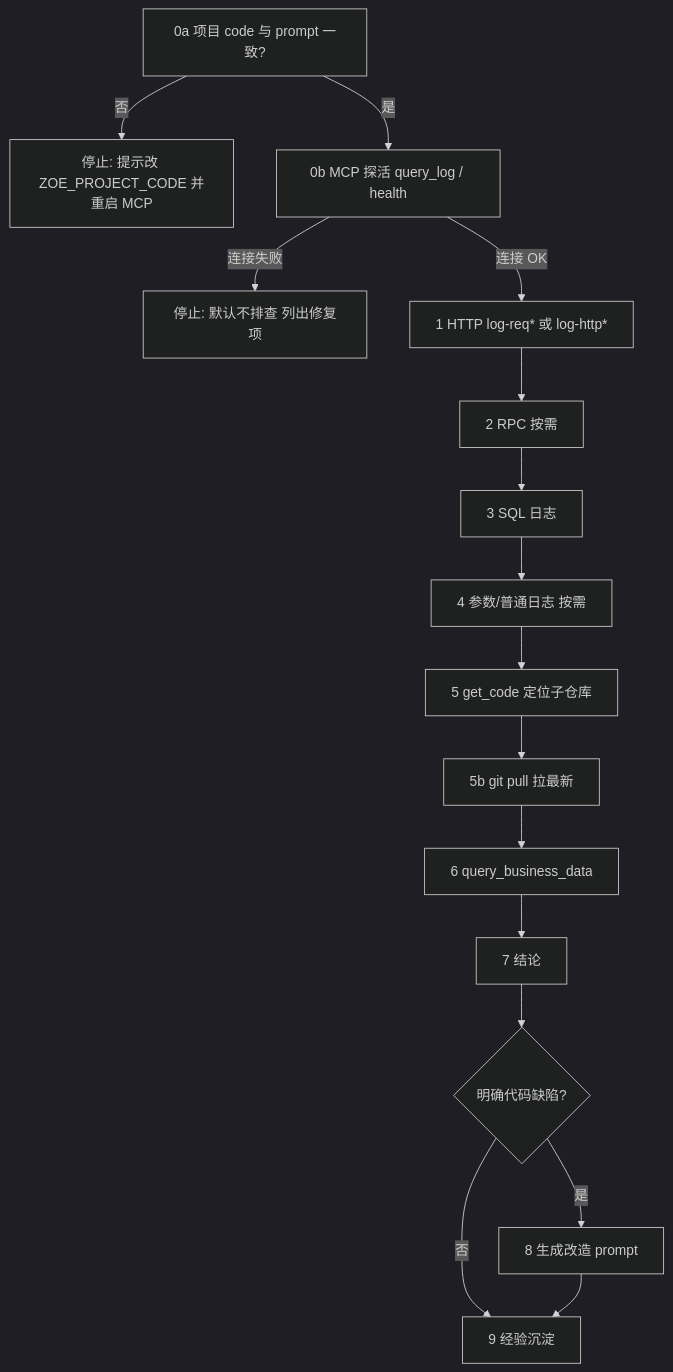
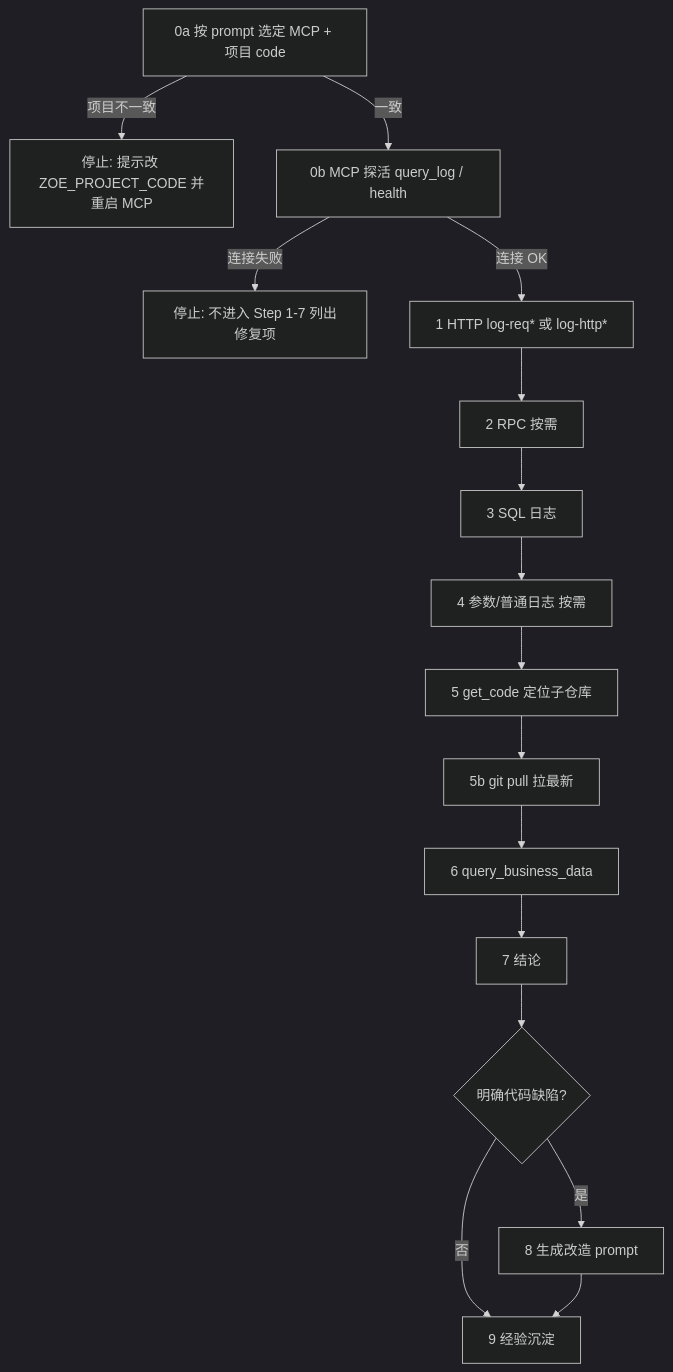
One commit to zyx379/linx changed the diagram in docs/workflow.md. Above: the diagram before and after it, drawn with Mermaid (dark theme). The commit also changed other lines of this file and 30 other files, not shown here.

````diff
--- a/docs/workflow.md
+++ b/docs/workflow.md
@@ -30,18 +30,18 @@
 ```mermaid
 flowchart TD
-  S0[0a 项目 code 与 prompt 一致?] -->|否| STOP1[停止: 提示改 ZOE_PROJECT_CODE 并重启 MCP]
-  S0 -->|是| S0b[0b MCP 探活 query_log / health]
-  S0b -->|连接失败| STOP2[停止: 默认不排查 列出修复项]
+  S0[0a 按 prompt 选定 MCP + 项目 code] -->|项目不一致| STOP1[停止: 提示改 ZOE_PROJECT_CODE 并重启 MCP]
+  S0 -->|一致| S0b[0b MCP 探活 query_log / health]
+  S0b -->|连接失败| STOP2[停止: 不进入 Step 1-7 列出修复项]
   S0b -->|连接 OK| S1[1 HTTP log-req* 或 log-http*]
   S1 --> S2[2 RPC 按需]
   S2 --> S3[3 SQL 日志]
   S3 --> S4[4 参数/普通日志 按需]
   S4 --> S5[5 get_code 定位子仓库]
   S5 --> S5b[5b git pull 拉最新]
   S5b --> S6[6 query_business_data]
   S6 --> S7[7 结论]
   S7 --> S8{明确代码缺陷?}
   S8 -->|是| S8a[8 生成改造 prompt]
   S8 -->|否| S9[9 经验沉淀]
   S8a --> S9
 ```
````
